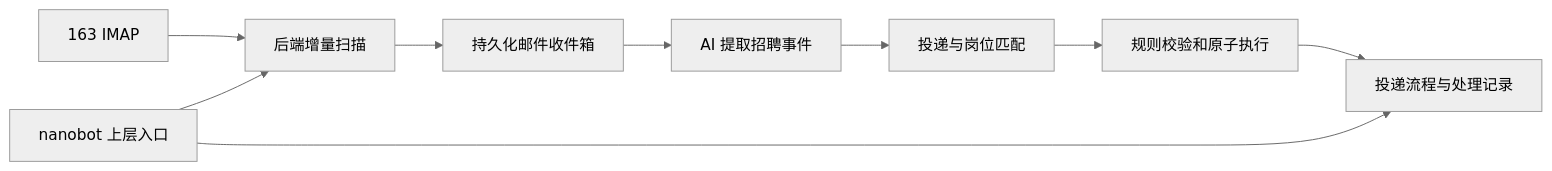
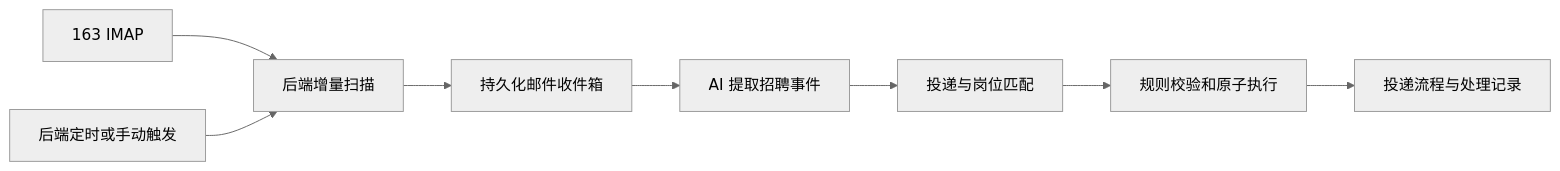
Before and after one commit to zizhseu/personal-app: the second of 2 diagrams in docs/agent-workbench-design.md, drawn with Mermaid (neutral theme). The commit also changed other lines of this file and 1 other file, not shown here.

````diff
--- a/docs/agent-workbench-design.md
+++ b/docs/agent-workbench-design.md
@@ -128,11 +134,10 @@
 ```mermaid
 flowchart LR
     M[163 IMAP] --> S[后端增量扫描]
     S --> I[持久化邮件收件箱]
     I --> A[AI 提取招聘事件]
     A --> V[投递与岗位匹配]
     V --> E[规则校验和原子执行]
     E --> R[投递流程与处理记录]
-    N[nanobot 上层入口] --> S
-    N --> R
+    T[后端定时或手动触发] --> S
 ```
````
